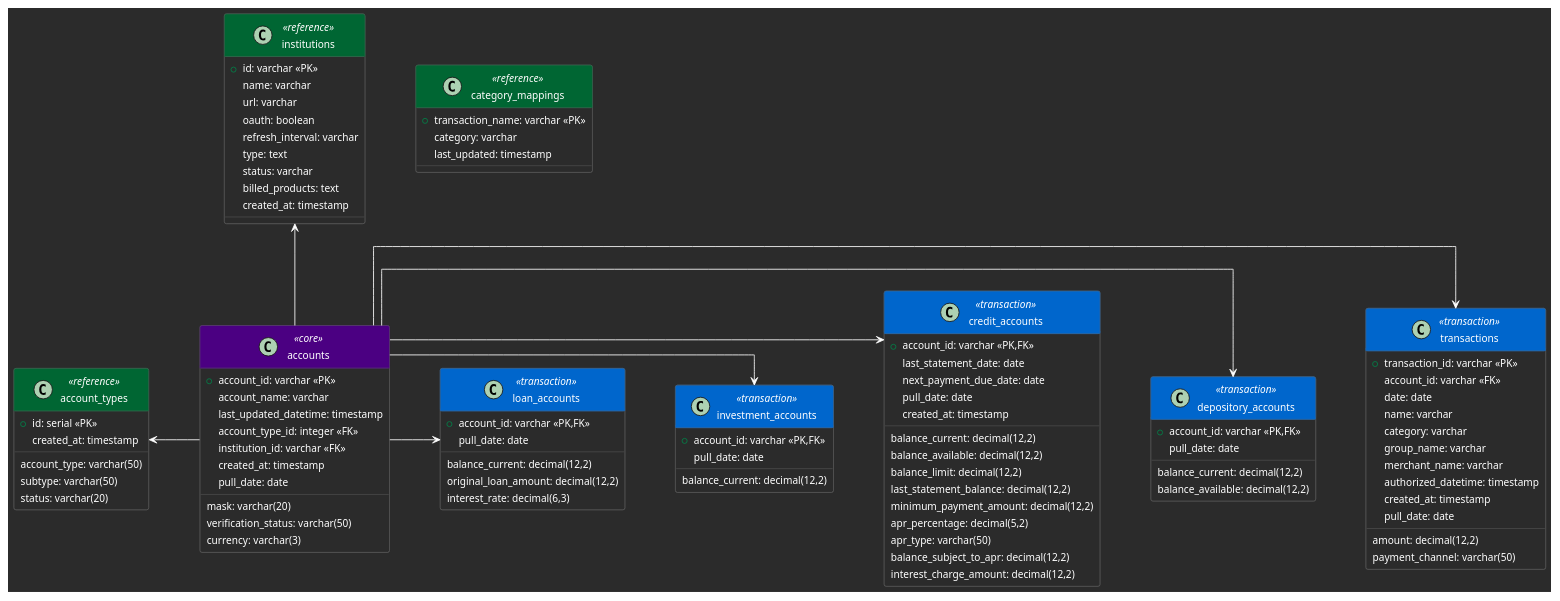
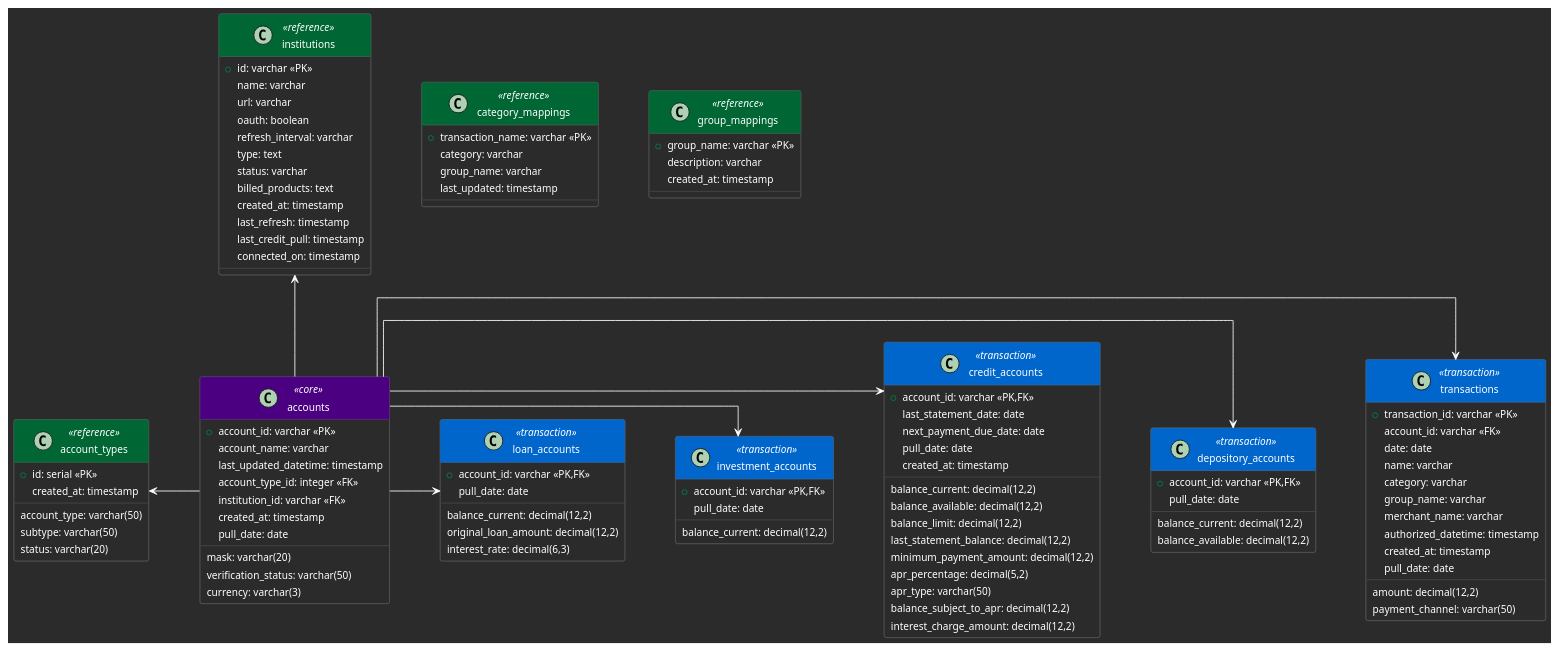
Before and after one commit to m-dur/docker-plaid: the diagram in app/diagrams/database.puml, drawn with PlantUML. The commit also changed 4 other files, not shown here.

```diff
--- a/app/diagrams/database.puml
+++ b/app/diagrams/database.puml
@@ -1,127 +1,137 @@
 @startuml Financial Database Schema
 
 ' Basic styling
 skinparam BackgroundColor #2B2B2B
 skinparam linetype ortho
 skinparam Padding 2
 skinparam roundcorner 5
 skinparam nodesep 60
 skinparam ranksep 80
 
 ' Class styling
 skinparam class {
     AttributeFontColor white
     AttributeFontSize 12
     BackgroundColor #2B2B2B
     BorderColor #666666
     StereotypeFontColor white
     HeaderBackgroundColor<<core>> #4B0082
     HeaderBackgroundColor<<transaction>> #0066CC
     HeaderBackgroundColor<<reference>> #006633
 }
 
 ' Core tables
 class accounts <<core>> {
     + account_id: varchar <<PK>>
     account_name: varchar
     last_updated_datetime: timestamp
     account_type_id: integer <<FK>>
     institution_id: varchar <<FK>>
     mask: varchar(20)
     verification_status: varchar(50)
     currency: varchar(3)
     created_at: timestamp
     pull_date: date
 }
 
 ' Reference tables
 class account_types <<reference>> {
     + id: serial <<PK>>
     account_type: varchar(50)
     subtype: varchar(50)
     status: varchar(20)
     created_at: timestamp
 }
 
 class institutions <<reference>> {
     + id: varchar <<PK>>
     name: varchar
     url: varchar
     oauth: boolean
     refresh_interval: varchar
     type: text
     status: varchar
     billed_products: text
     created_at: timestamp
+    last_refresh: timestamp
+    last_credit_pull: timestamp
+    connected_on: timestamp
 }
 
 class category_mappings <<reference>> {
     + transaction_name: varchar <<PK>>
     category: varchar
+    group_name: varchar
     last_updated: timestamp
+}
+
+class group_mappings <<reference>> {
+    + group_name: varchar <<PK>>
+    description: varchar
+    created_at: timestamp
 }
 
 ' Transaction tables
 class transactions <<transaction>> {
     + transaction_id: varchar <<PK>>
     account_id: varchar <<FK>>
     amount: decimal(12,2)
     date: date
     name: varchar
     category: varchar
     group_name: varchar
     merchant_name: varchar
     payment_channel: varchar(50)
     authorized_datetime: timestamp
     created_at: timestamp
     pull_date: date
 }
 
 class depository_accounts <<transaction>> {
     + account_id: varchar <<PK,FK>>
     balance_current: decimal(12,2)
     balance_available: decimal(12,2)
     pull_date: date
 }
 
 class credit_accounts <<transaction>> {
     + account_id: varchar <<PK,FK>>
     balance_current: decimal(12,2)
     balance_available: decimal(12,2)
     balance_limit: decimal(12,2)
     last_statement_balance: decimal(12,2)
     last_statement_date: date
     minimum_payment_amount: decimal(12,2)
     next_payment_due_date: date
     apr_percentage: decimal(5,2)
     apr_type: varchar(50)
     balance_subject_to_apr: decimal(12,2)
     interest_charge_amount: decimal(12,2)
     pull_date: date
     created_at: timestamp
 }
 
 class investment_accounts <<transaction>> {
     + account_id: varchar <<PK,FK>>
     balance_current: decimal(12,2)
     pull_date: date
 }
 
 class loan_accounts <<transaction>> {
     + account_id: varchar <<PK,FK>>
     balance_current: decimal(12,2)
     original_loan_amount: decimal(12,2)
     interest_rate: decimal(6,3)
     pull_date: date
 }
 
 ' Relationships
 accounts -[#ffffff]right-> transactions
 accounts -[#ffffff]left-> account_types
 accounts -[#ffffff]up-> institutions
 accounts -[#ffffff]right-> depository_accounts
 accounts -[#ffffff]right-> credit_accounts
 accounts -[#ffffff]right-> investment_accounts
 accounts -[#ffffff]right-> loan_accounts
 
 @enduml
```
